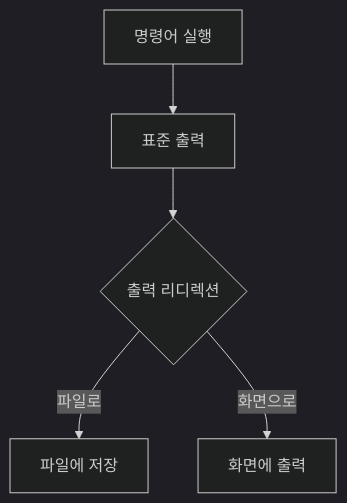
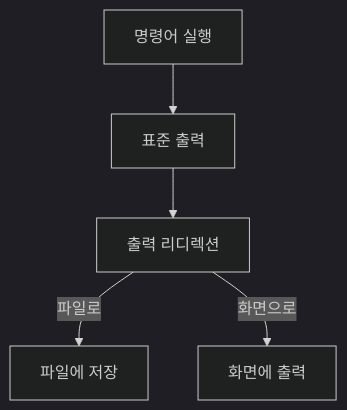
One commit to 42jerrykim/42jerrykim.github.io changed the fourth of 15 diagrams in content/post/2024/2024-09-10-Shell-Redirection/index.md. Above: the diagram before and after it, drawn with Mermaid (dark theme). The commit also changed other lines of this file and 239 other files, not shown here.

````diff
--- a/content/post/2024/2024-09-10-Shell-Redirection/index.md
+++ b/content/post/2024/2024-09-10-Shell-Redirection/index.md
@@ -320,7 +236,7 @@
 ```mermaid
-graph TD;
-    A[명령어 실행] --> B[표준 출력];
-    B --> C{출력 리디렉션};
-    C -->|파일로| D[파일에 저장];
-    C -->|화면으로| E[화면에 출력];
+graph TD
+    CmdRun["명령어 실행"] --> StdOut["표준 출력"]
+    StdOut --> Redirect["출력 리디렉션"]
+    Redirect -->|"파일로"| ToFile["파일에 저장"]
+    Redirect -->|"화면으로"| ToScreen["화면에 출력"]
 ```
````
